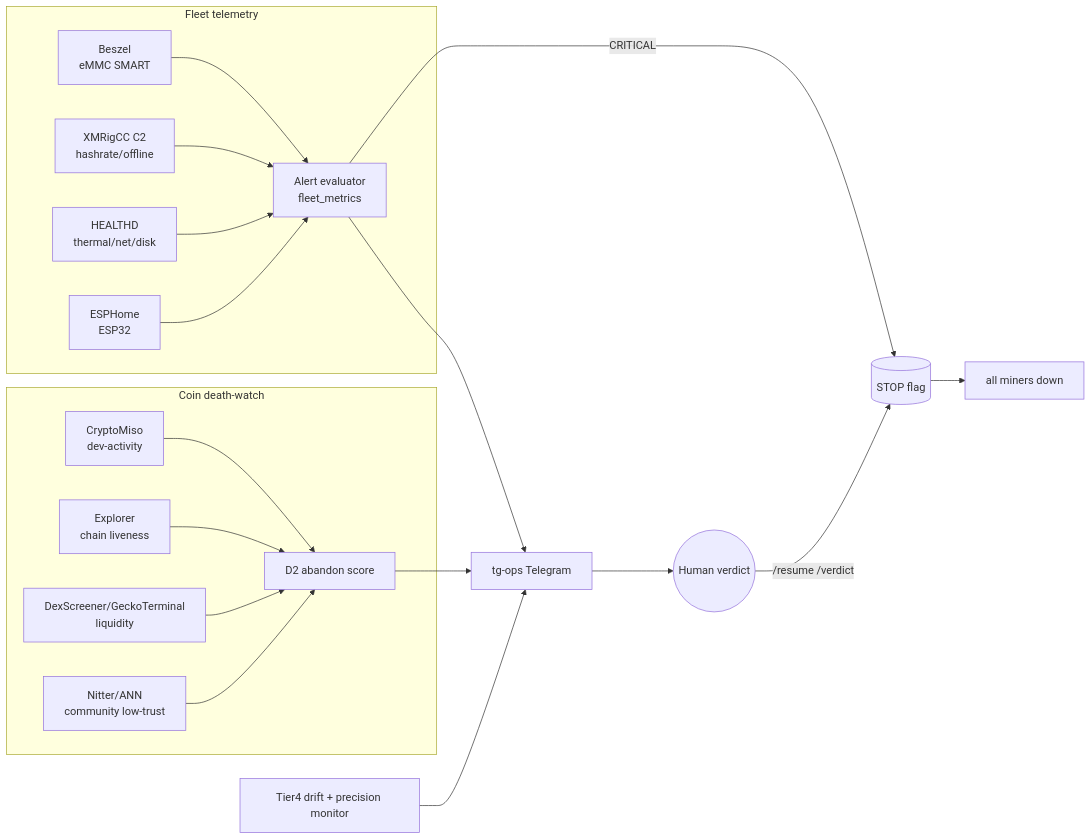
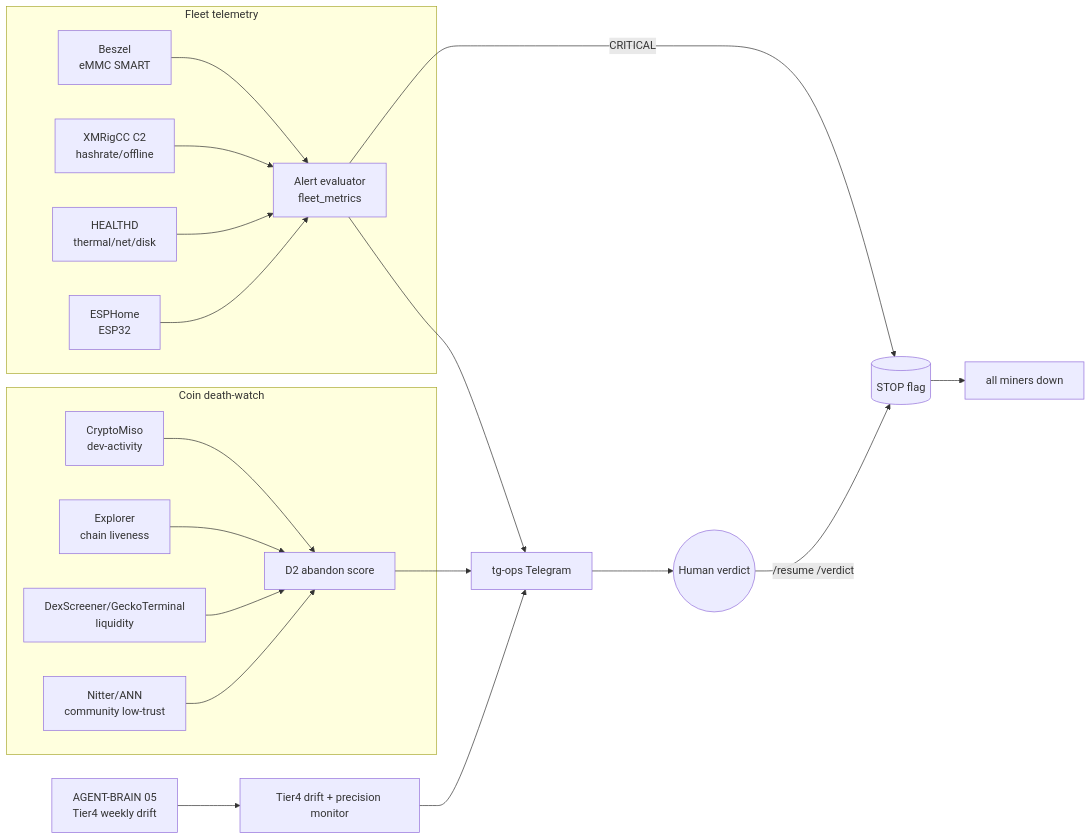
Before and after one commit to ari-OCTOPUS/ofn-node: the diagram in 03 - Projects/Mining/01 - Docs/Coin-Hunter-Bot Architecture/08 - MONITORING-Telemetry-and-Deathwatch.md, drawn with Mermaid. The commit also changed other lines of this file and 15 other files, not shown here.

````diff
--- a/03 - Projects/Mining/01 - Docs/Coin-Hunter-Bot Architecture/08 - MONITORING-Telemetry-and-Deathwatch.md
+++ b/03 - Projects/Mining/01 - Docs/Coin-Hunter-Bot Architecture/08 - MONITORING-Telemetry-and-Deathwatch.md
@@ -17,22 +17,23 @@
 ```mermaid
 flowchart LR
   subgraph FLEET[Fleet telemetry]
     B[Beszel<br/>eMMC SMART] --> H
     X[XMRigCC C2<br/>hashrate/offline] --> H
     HD[HEALTHD<br/>thermal/net/disk] --> H
     E[ESPHome<br/>ESP32] --> H
   end
   subgraph BASKET[Coin death-watch]
     CM[CryptoMiso<br/>dev-activity] --> D2
     CL[Explorer<br/>chain liveness] --> D2
     LQ[DexScreener/GeckoTerminal<br/>liquidity] --> D2
     SO[Nitter/ANN<br/>community low-trust] --> D2
   end
   H[Alert evaluator<br/>fleet_metrics] --> TG
   D2[D2 abandon score] --> TG
-  T4[Tier4 drift + precision monitor] --> TG
+  AB[AGENT-BRAIN 05<br/>Tier4 weekly drift] --> T4[Tier4 drift + precision monitor]
+  T4 --> TG
   H -->|CRITICAL| KS[(STOP flag)]
   KS --> MINERS[all miners down]
   TG[tg-ops Telegram] --> OP((Human verdict))
   OP -->|/resume /verdict| KS
 ```
````
